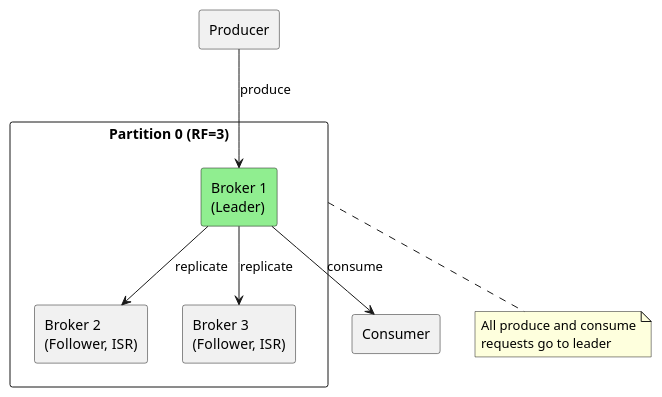
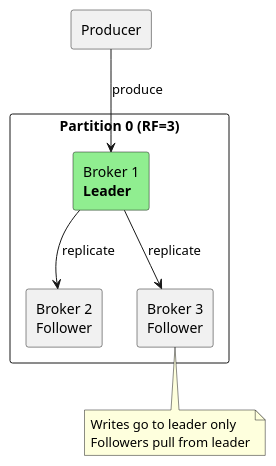
One commit to axonops/documentation changed the first of 8 diagrams in docs/data-platforms/kafka/architecture/replication/index.md. Above: the diagram before and after it, drawn with PlantUML. The commit also changed other lines of this file and 1 other file, not shown here.

````diff
--- a/docs/data-platforms/kafka/architecture/replication/index.md
+++ b/docs/data-platforms/kafka/architecture/replication/index.md
@@ -19,24 +33,24 @@
 ```plantuml
 @startuml
 
-rectangle "Partition 0 (RF=3)" as partition {
-  rectangle "Broker 1\n(Leader)" as b1 #lightgreen
-  rectangle "Broker 2\n(Follower, ISR)" as b2
-  rectangle "Broker 3\n(Follower, ISR)" as b3
+skinparam backgroundColor transparent
+
+rectangle "Partition 0 (RF=3)" {
+  rectangle "Broker 1\n**Leader**" as p0_l #lightgreen
+  rectangle "Broker 2\nFollower" as p0_f1
+  rectangle "Broker 3\nFollower" as p0_f2
 }
 
 rectangle "Producer" as prod
-rectangle "Consumer" as cons
 
-prod --> b1 : produce
-b1 --> b2 : replicate
-b1 --> b3 : replicate
-b1 --> cons : consume
+prod --> p0_l : produce
+p0_l --> p0_f1 : replicate
+p0_l --> p0_f2 : replicate
 
-note bottom of partition
-  All produce and consume
-  requests go to leader
+note bottom of p0_f2
+  Writes go to leader only
+  Followers pull from leader
 end note
 
 @enduml
 ```
````
